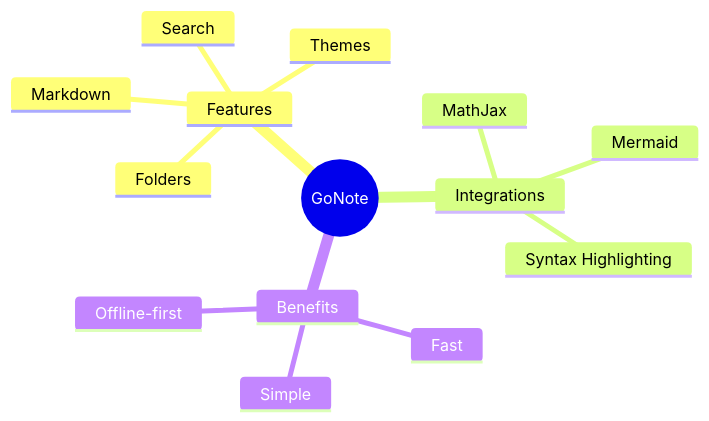
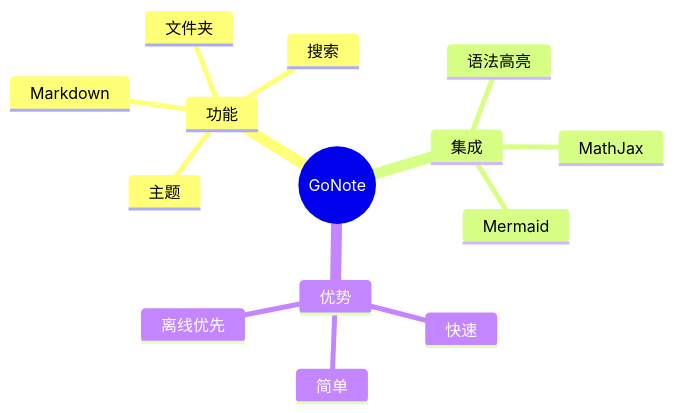
Before and after one commit to agogo233/GoNote: the tenth of 10 diagrams in project-docs/user-guide/MERMAID.md, drawn with Mermaid. The commit also changed other lines of this file and 47 other files, not shown here.

````diff
--- a/project-docs/user-guide/MERMAID.md
+++ b/project-docs/user-guide/MERMAID.md
@@ -333,17 +371,17 @@
 ```mermaid
 mindmap
   root((GoNote))
-    Features
+    功能
       Markdown
-      Themes
-      Search
-      Folders
-    Integrations
+      主题
+      搜索
+      文件夹
+    集成
       MathJax
       Mermaid
-      Syntax Highlighting
-    Benefits
-      Fast
-      Simple
-      Offline-first
+      语法高亮
+    优势
+      快速
+      简单
+      离线优先
 ```
````
